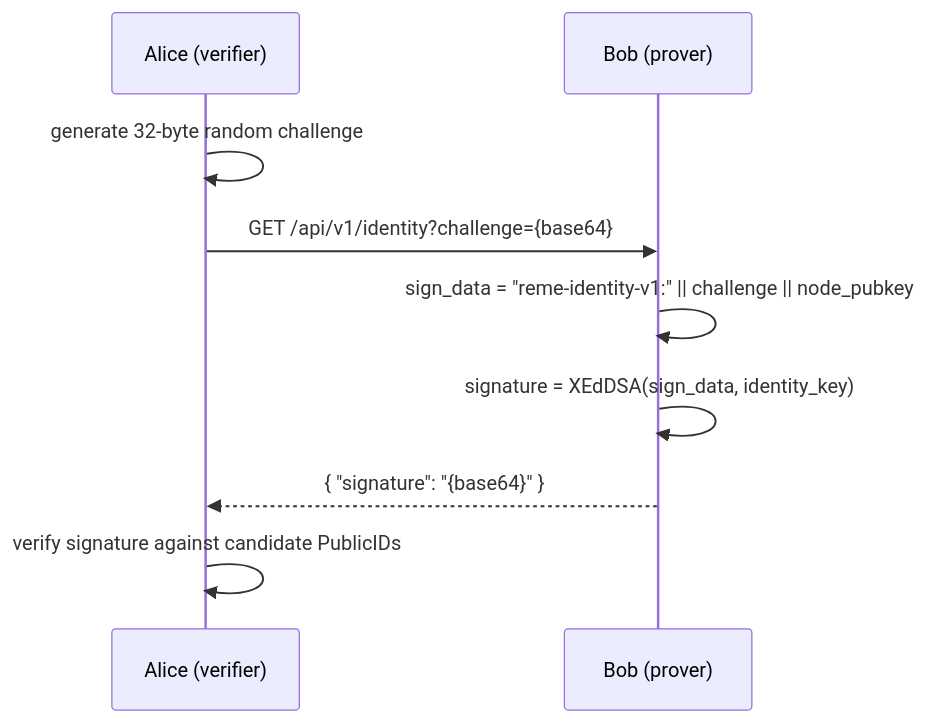
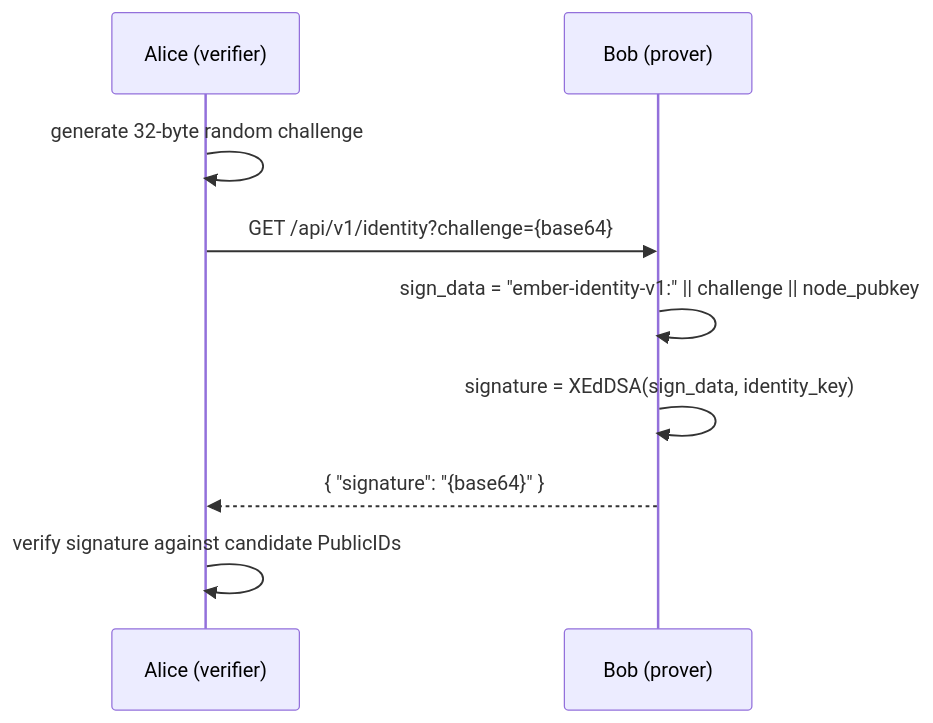
One commit to leon0399/ember changed the second of 3 diagrams in docs/lan-discovery.md. Above: the diagram before and after it, drawn with Mermaid. The commit also changed other lines of this file and 177 other files, not shown here.

First line of the commit message:
feat!: rename project from reme to ember

````diff
--- a/docs/lan-discovery.md
+++ b/docs/lan-discovery.md
@@ -133,12 +133,12 @@
 ```mermaid
 sequenceDiagram
     participant Alice as Alice (verifier)
     participant Bob as Bob (prover)
 
     Alice->>Alice: generate 32-byte random challenge
     Alice->>Bob: GET /api/v1/identity?challenge={base64}
-    Bob->>Bob: sign_data = "reme-identity-v1:" || challenge || node_pubkey
+    Bob->>Bob: sign_data = "ember-identity-v1:" || challenge || node_pubkey
     Bob->>Bob: signature = XEdDSA(sign_data, identity_key)
     Bob-->>Alice: { "signature": "{base64}" }
     Alice->>Alice: verify signature against candidate PublicIDs
 ```
````
